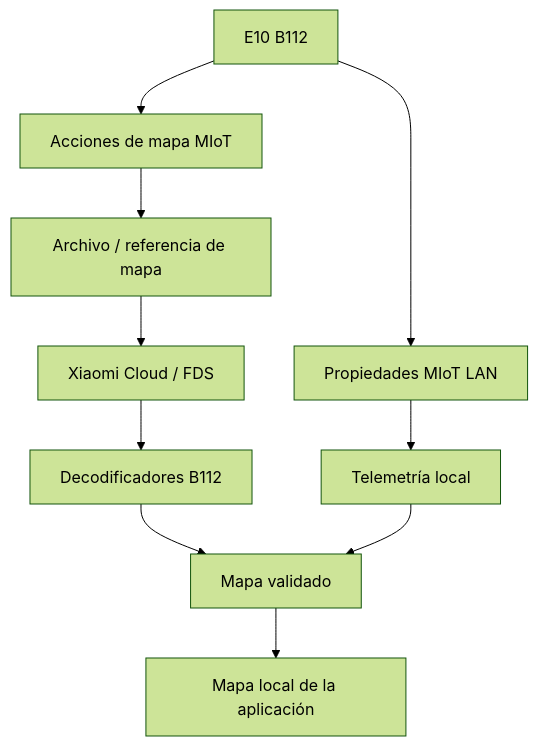
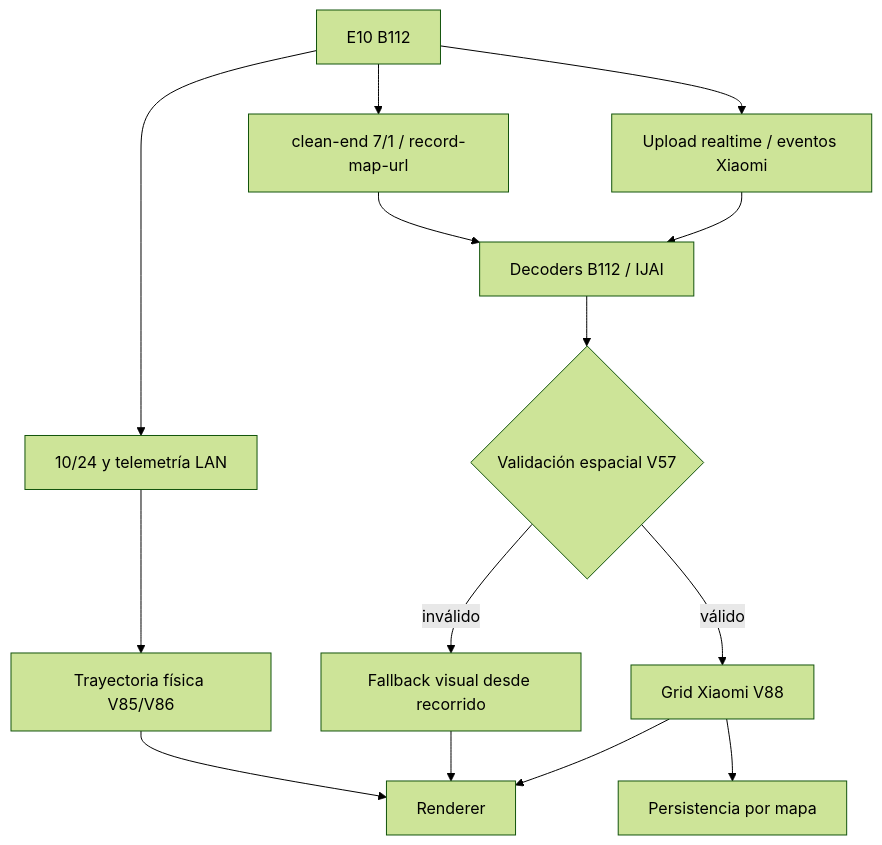
One commit to Yakoderaa/Aspiradora-Xiaomi changed the diagram in docs/MAPPING.md. Above: the diagram before and after it, drawn with Mermaid (forest theme). The commit also changed other lines of this file, not shown here.

Commit message:
Docs: update mapping architecture for V88

````diff
--- a/docs/MAPPING.md
+++ b/docs/MAPPING.md
@@ -42,12 +63,16 @@
 ```mermaid
 flowchart TD
-    A["E10 B112"] --> B["Propiedades MIoT LAN"]
-    A --> C["Acciones de mapa MIoT"]
-    C --> D["Archivo / referencia de mapa"]
-    D --> E["Xiaomi Cloud / FDS"]
-    E --> F["Decodificadores B112"]
-    B --> G["Telemetría local"]
-    F --> H["Mapa validado"]
-    G --> H
-    H --> I["Mapa local de la aplicación"]
+    A["E10 B112"] --> B["10/24 y telemetría LAN"]
+    A --> C["Upload realtime / eventos Xiaomi"]
+    A --> D["clean-end 7/1 / record-map-url"]
+    C --> E["Decoders B112 / IJAI"]
+    D --> E
+    E --> F{"Validación espacial V57"}
+    F -->|válido| G["Grid Xiaomi V88"]
+    F -->|inválido| H["Fallback visual desde recorrido"]
+    B --> I["Trayectoria física V85/V86"]
+    G --> J["Renderer"]
+    H --> J
+    I --> J
+    G --> K["Persistencia por mapa"]
 ```
````
